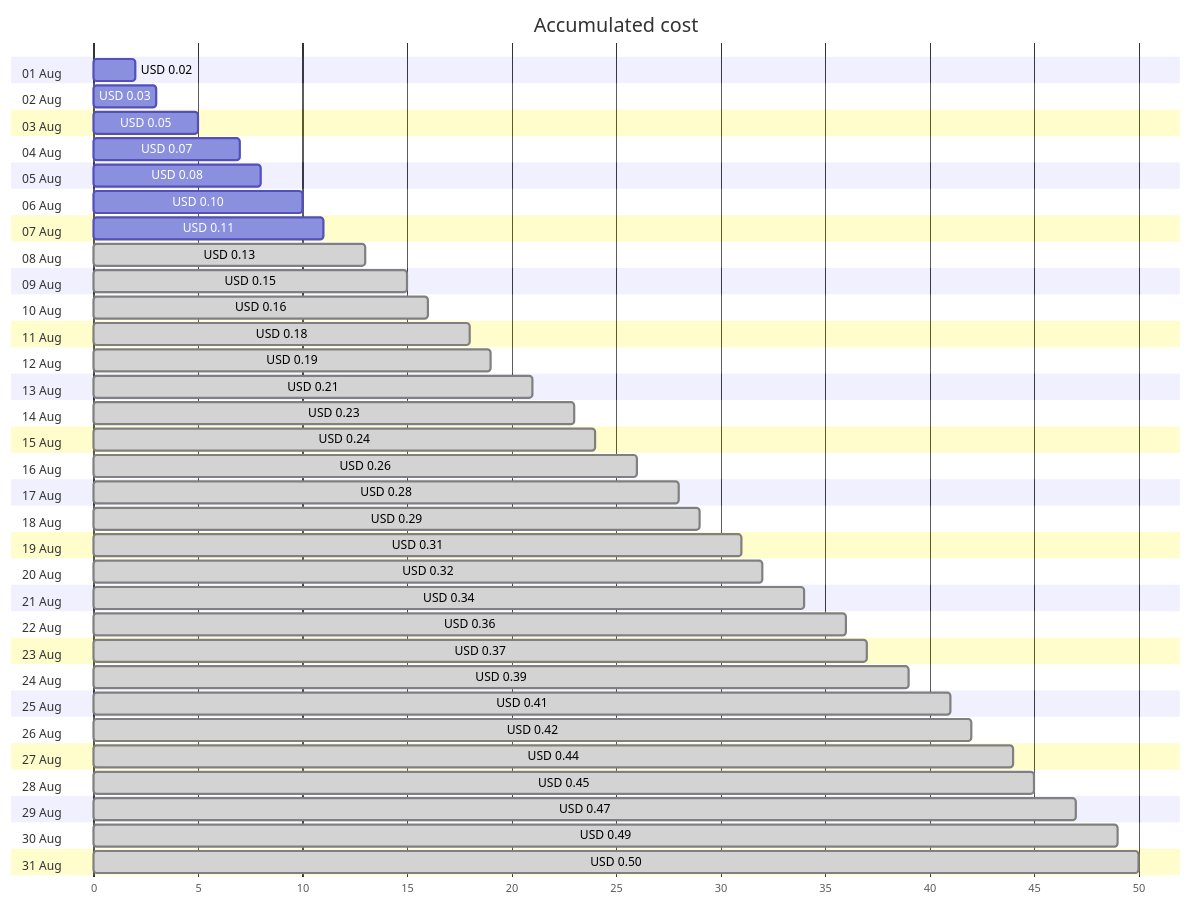
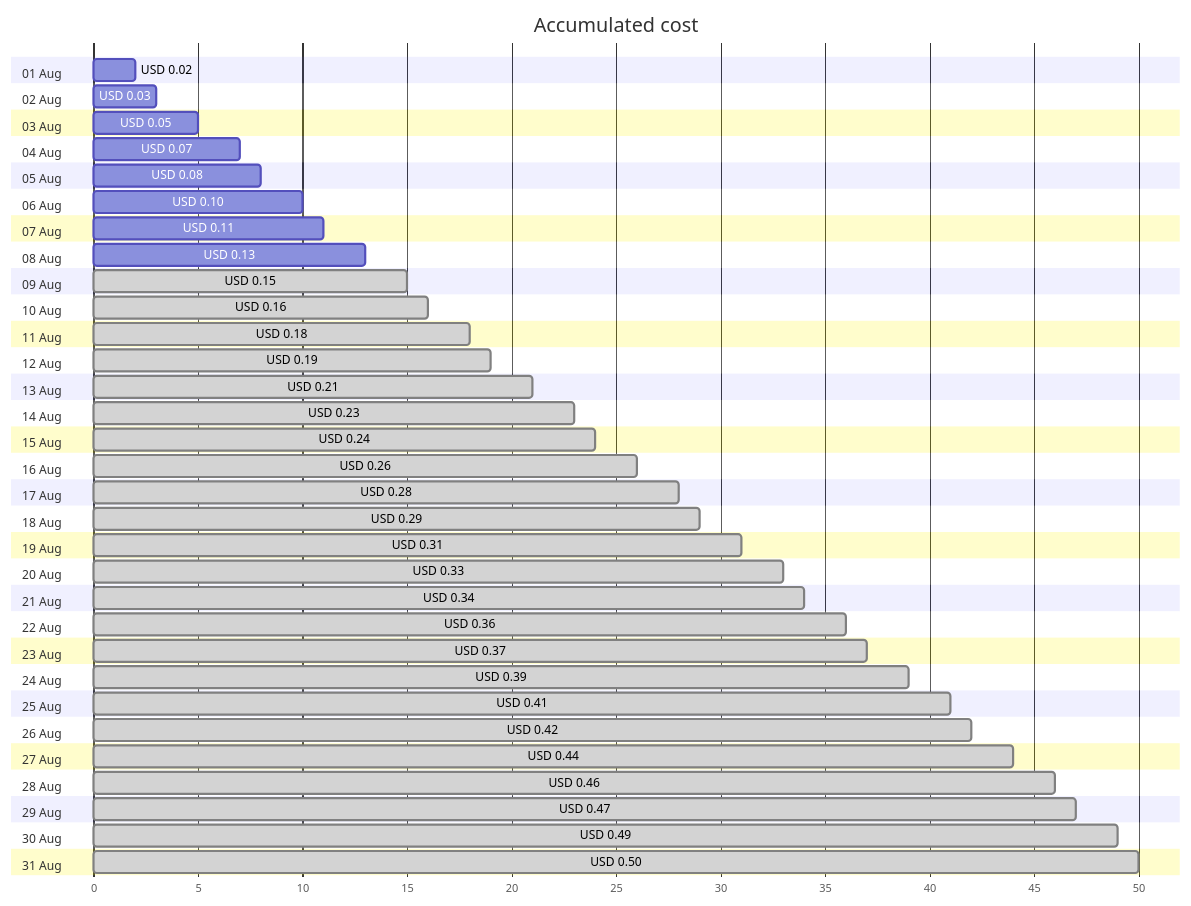
One commit to jpfulton/azure-personal-reports changed the first of 4 diagrams in cost-reports/personal-dns/jpatrickfulton.com.md. Above: the diagram before and after it, drawn with Mermaid. The commit also changed other lines of this file and 2 other files, not shown here.

````diff
--- a/cost-reports/personal-dns/jpatrickfulton.com.md
+++ b/cost-reports/personal-dns/jpatrickfulton.com.md
@@ -20,68 +20,68 @@
 ```mermaid
 gantt
    title Accumulated cost
    dateFormat  X
    axisFormat %s
    section 01 Aug
    USD 0.02 :0, 2
    section 02 Aug
    USD 0.03 :0, 3
    section 03 Aug
    USD 0.05 :0, 5
    section 04 Aug
    USD 0.07 :0, 7
    section 05 Aug
    USD 0.08 :0, 8
    section 06 Aug
    USD 0.10 :0, 10
    section 07 Aug
    USD 0.11 :0, 11
    section 08 Aug
-   USD 0.13 : done, 0, 13
+   USD 0.13 :0, 13
    section 09 Aug
    USD 0.15 : done, 0, 15
    section 10 Aug
    USD 0.16 : done, 0, 16
    section 11 Aug
    USD 0.18 : done, 0, 18
    section 12 Aug
    USD 0.19 : done, 0, 19
    section 13 Aug
    USD 0.21 : done, 0, 21
    section 14 Aug
    USD 0.23 : done, 0, 23
    section 15 Aug
    USD 0.24 : done, 0, 24
    section 16 Aug
    USD 0.26 : done, 0, 26
    section 17 Aug
    USD 0.28 : done, 0, 28
    section 18 Aug
    USD 0.29 : done, 0, 29
    section 19 Aug
    USD 0.31 : done, 0, 31
    section 20 Aug
-   USD 0.32 : done, 0, 32
+   USD 0.33 : done, 0, 33
    section 21 Aug
    USD 0.34 : done, 0, 34
    section 22 Aug
    USD 0.36 : done, 0, 36
    section 23 Aug
    USD 0.37 : done, 0, 37
    section 24 Aug
    USD 0.39 : done, 0, 39
    section 25 Aug
    USD 0.41 : done, 0, 41
    section 26 Aug
    USD 0.42 : done, 0, 42
    section 27 Aug
    USD 0.44 : done, 0, 44
    section 28 Aug
-   USD 0.45 : done, 0, 45
+   USD 0.46 : done, 0, 46
    section 29 Aug
    USD 0.47 : done, 0, 47
    section 30 Aug
    USD 0.49 : done, 0, 49
    section 31 Aug
    USD 0.50 : done, 0, 50
 ```
````
